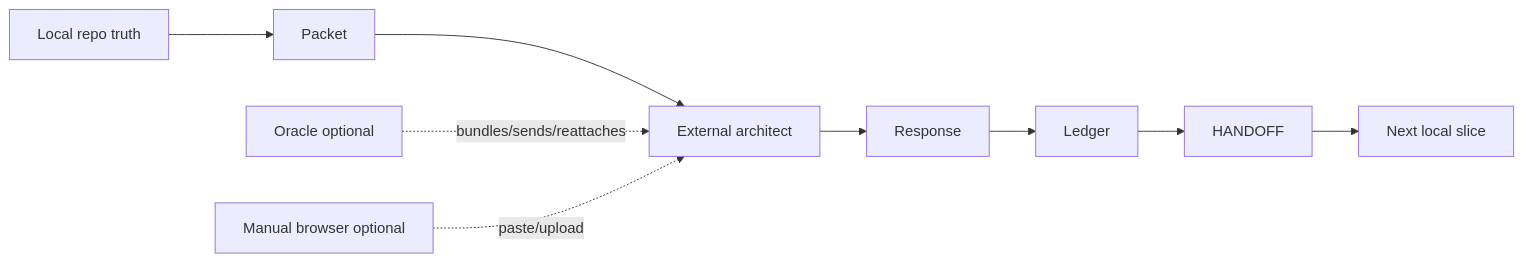
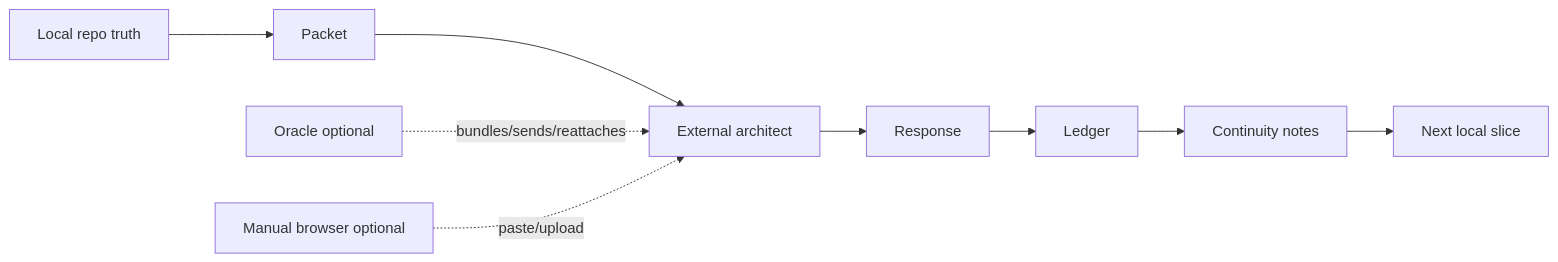
The second of 2 diagrams in README.md (youngchangjo/gpt-pro-architect-loop), drawn with Mermaid before and after one commit. The commit also changed other lines of this file and 3 other files, not shown here.

Commit message:
Add architect session continuity policy

````diff
--- a/README.md
+++ b/README.md
@@ -45,12 +46,12 @@
 ```mermaid
 flowchart LR
   A[Local repo truth] --> B[Packet]
   B --> C[External architect]
   C --> D[Response]
   D --> E[Ledger]
-  E --> F[HANDOFF]
+  E --> F[Continuity notes]
   F --> G[Next local slice]
 
   H[Oracle optional] -. bundles/sends/reattaches .-> C
   I[Manual browser optional] -. paste/upload .-> C
 ```
````
